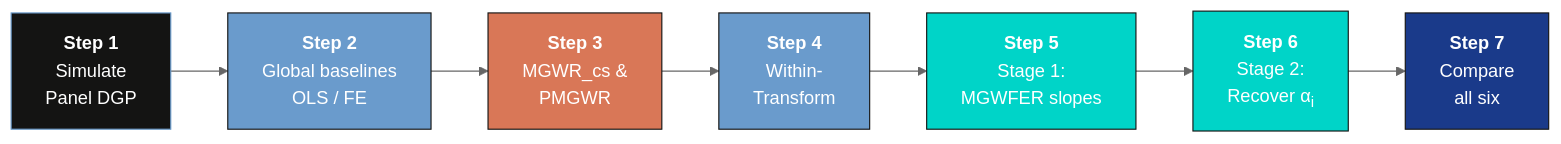
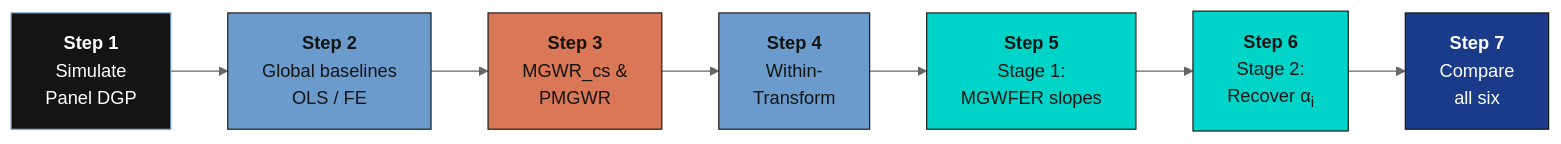
Before and after one commit to cmg777/starter-academic-v501: the first of 2 diagrams in content/post/python_mgwrfer/index.md, drawn with Mermaid (neutral theme). The commit also changed other lines of this file and 67 other files, not shown here.

First line of the commit message:
fix(mermaid): readable diagram text in both themes across the site

````diff
--- a/content/post/python_mgwrfer/index.md
+++ b/content/post/python_mgwrfer/index.md
@@ -88,17 +88,17 @@
 ```mermaid
 graph LR
     A["<b>Step 1</b><br/>Simulate<br/>Panel DGP"] --> G["<b>Step 2</b><br/>Global baselines<br/>OLS / FE"]
     G --> B["<b>Step 3</b><br/>MGWR_cs &amp;<br/>PMGWR"]
     B --> C["<b>Step 4</b><br/>Within-<br/>Transform"]
     C --> D["<b>Step 5</b><br/>Stage 1:<br/>MGWFER slopes"]
     D --> F["<b>Step 6</b><br/>Stage 2:<br/>Recover &alpha;<sub>i</sub>"]
     F --> E["<b>Step 7</b><br/>Compare<br/>all six"]
 
     style A fill:#141413,stroke:#6a9bcc,color:#fff
-    style G fill:#6a9bcc,stroke:#141413,color:#fff
-    style B fill:#d97757,stroke:#141413,color:#fff
-    style C fill:#6a9bcc,stroke:#141413,color:#fff
-    style D fill:#00d4c8,stroke:#141413,color:#fff
-    style F fill:#00d4c8,stroke:#141413,color:#fff
+    style G fill:#6a9bcc,stroke:#141413,color:#141413
+    style B fill:#d97757,stroke:#141413,color:#141413
+    style C fill:#6a9bcc,stroke:#141413,color:#141413
+    style D fill:#00d4c8,stroke:#141413,color:#141413
+    style F fill:#00d4c8,stroke:#141413,color:#141413
     style E fill:#1a3a8a,stroke:#141413,color:#fff
 ```
````
